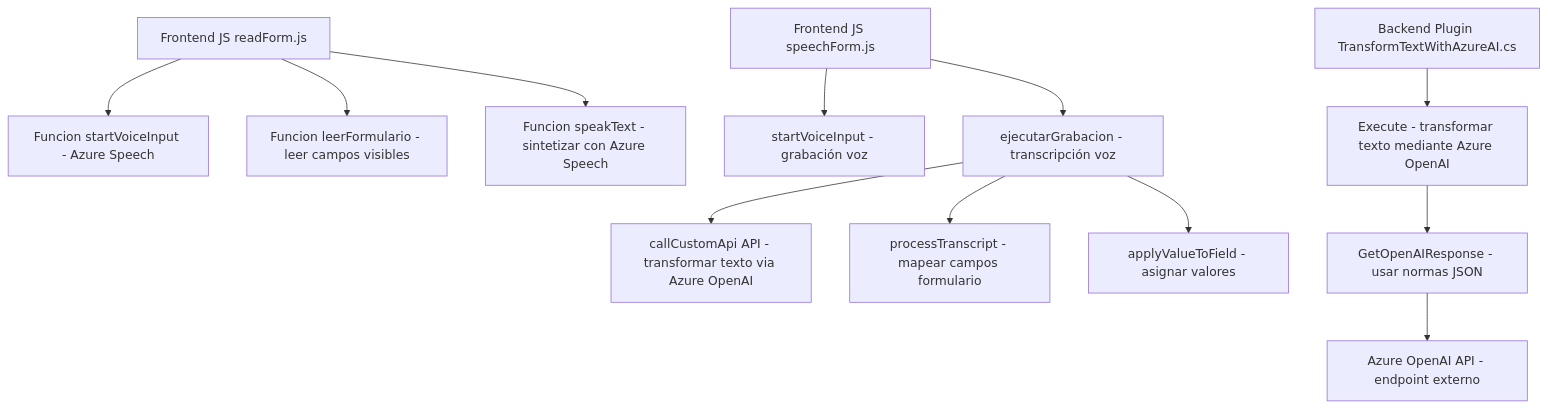
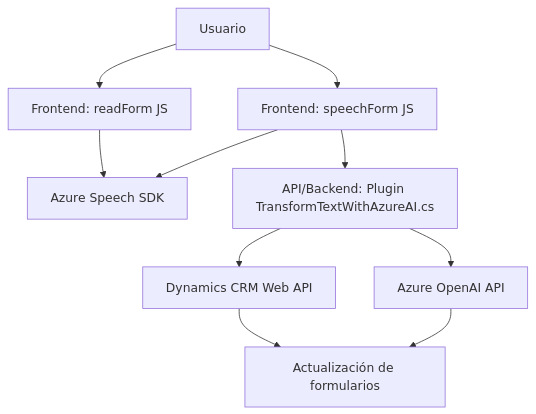
One commit to blopezdm/NETCORE_BILBAO2025 changed the diagram in README.md. Above: the diagram before and after it, drawn with Mermaid. The commit also changed other lines of this file, not shown here.

Commit message:
Actualizar análisis global de la solución con IA

````diff
--- a/README.md
+++ b/README.md
@@ -37,16 +43,12 @@
 ```mermaid
 graph TD
-    A["Frontend JS readForm.js"] --> B["Funcion startVoiceInput - Azure Speech"]
-    A --> C["Funcion leerFormulario - leer campos visibles"]
-    A --> D["Funcion speakText - sintetizar con Azure Speech"]
-
-    E["Frontend JS speechForm.js"] --> F["startVoiceInput - grabación voz"]
-    E --> G["ejecutarGrabacion - transcripción voz"]
-    G --> H["callCustomApi API - transformar texto via Azure OpenAI"]
-    G --> I["processTranscript - mapear campos formulario"]
-    G --> J["applyValueToField - asignar valores"]
-
-    K["Backend Plugin TransformTextWithAzureAI.cs"] --> L["Execute - transformar texto mediante Azure OpenAI"]
-    L --> M["GetOpenAIResponse - usar normas JSON"]
-    M --> N["Azure OpenAI API - endpoint externo"]
+    A["Usuario"] --> B["Frontend: readForm JS"]
+    A --> C["Frontend: speechForm JS"]
+    B --> D["Azure Speech SDK"]
+    C --> D
+    C --> E["API/Backend: Plugin TransformTextWithAzureAI.cs"]
+    E --> F["Azure OpenAI API"]
+    E --> G["Dynamics CRM Web API"]
+    G --> H["Actualización de formularios"]
+    F --> H
 ```
````
